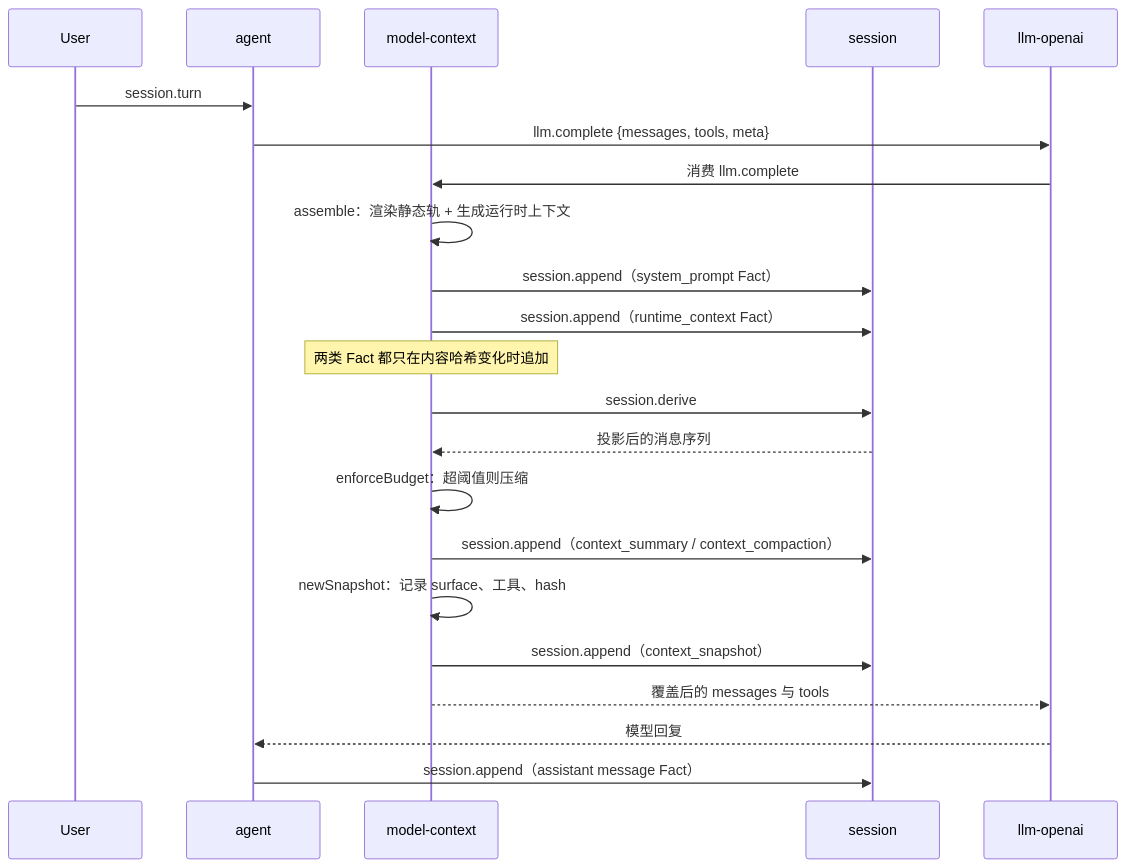
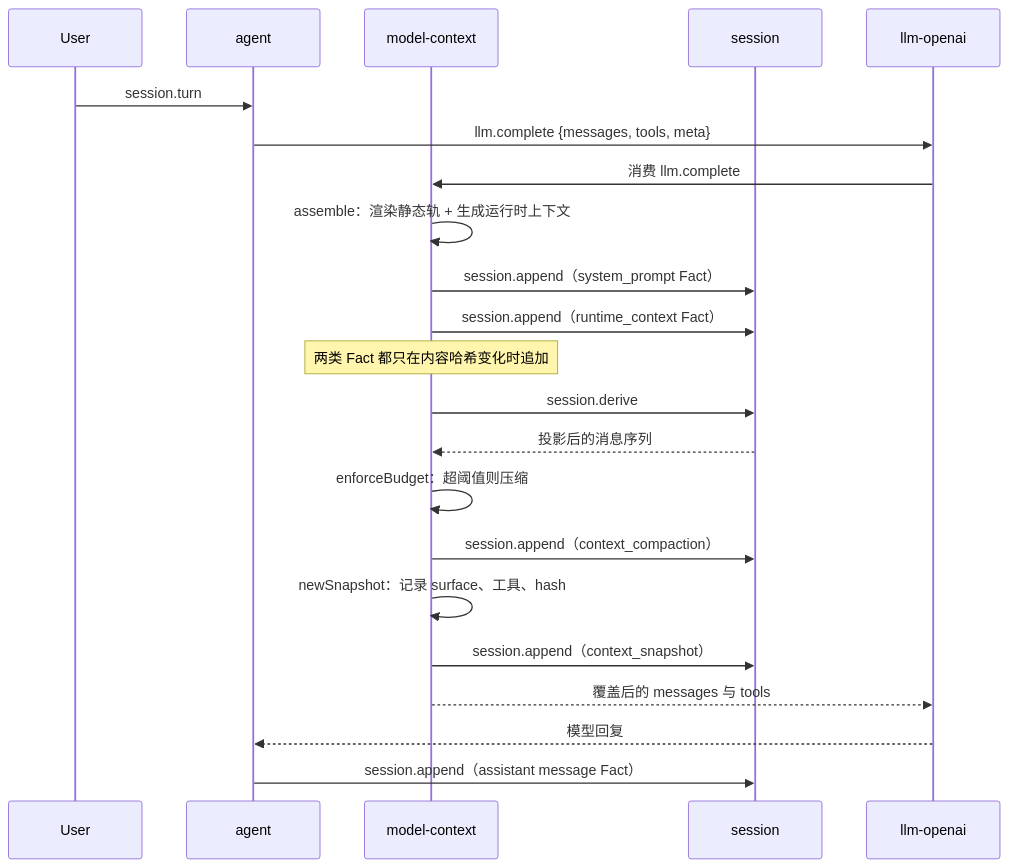
One commit to Alphazer01214/my-go-lite-agent changed the diagram in docs/prompts/13-application.md. Above: the diagram before and after it, drawn with Mermaid. The commit also changed other lines of this file and 227 other files, not shown here.

````diff
--- a/docs/prompts/13-application.md
+++ b/docs/prompts/13-application.md
@@ -27,25 +27,25 @@
 ```mermaid
 sequenceDiagram
     participant U as User
     participant A as agent
     participant M as model-context
     participant S as session
     participant L as llm-openai
 
     U->>A: session.turn
     A->>L: llm.complete {messages, tools, meta}
     L->>M: 消费 llm.complete
     M->>M: assemble：渲染静态轨 + 生成运行时上下文
     M->>S: session.append（system_prompt Fact）
     M->>S: session.append（runtime_context Fact）
     Note over M: 两类 Fact 都只在内容哈希变化时追加
     M->>S: session.derive
     S-->>M: 投影后的消息序列
     M->>M: enforceBudget：超阈值则压缩
-    M->>S: session.append（context_summary / context_compaction）
+    M->>S: session.append（context_compaction）
     M->>M: newSnapshot：记录 surface、工具、hash
     M->>S: session.append（context_snapshot）
     M-->>L: 覆盖后的 messages 与 tools
     L-->>A: 模型回复
     A->>S: session.append（assistant message Fact）
 ```
````
